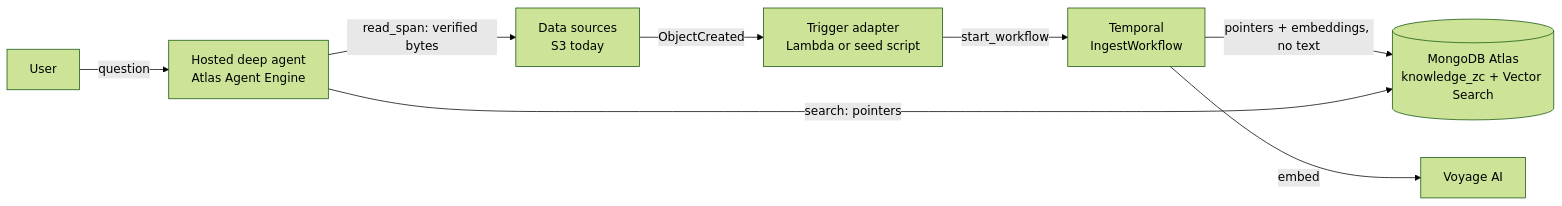
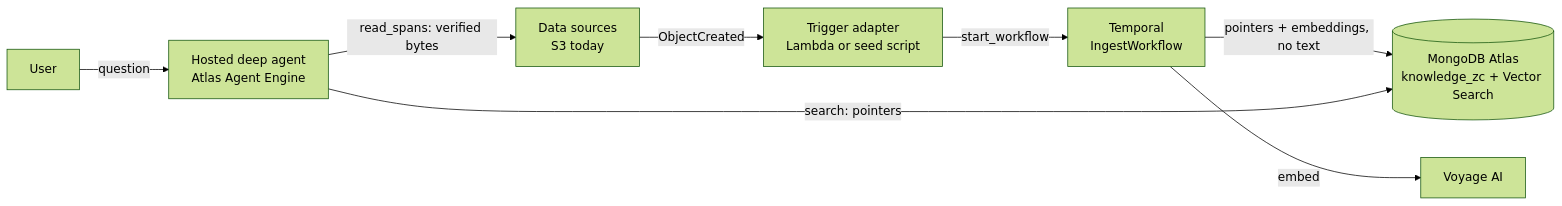
Before and after one commit to mohammaddaoudfarooqi/zero-copy-rag: the first of 3 diagrams in README.md, drawn with Mermaid (forest theme). The commit also changed other lines of this file and 7 other files, not shown here.

````diff
--- a/README.md
+++ b/README.md
@@ -57,10 +57,10 @@
 ```mermaid
 flowchart LR
     SRC[Data sources<br/>S3 today] -->|ObjectCreated| TRG[Trigger adapter<br/>Lambda or seed script]
     TRG -->|start_workflow| TMP[Temporal<br/>IngestWorkflow]
     TMP -->|embed| VOY[Voyage AI]
     TMP -->|pointers + embeddings, no text| ATL[(MongoDB Atlas<br/>knowledge_zc + Vector Search)]
     AGT[Hosted deep agent<br/>Atlas Agent Engine] -->|search: pointers| ATL
-    AGT -->|read_span: verified bytes| SRC
+    AGT -->|read_spans: verified bytes| SRC
     USR[User] -->|question| AGT
 ```
````
